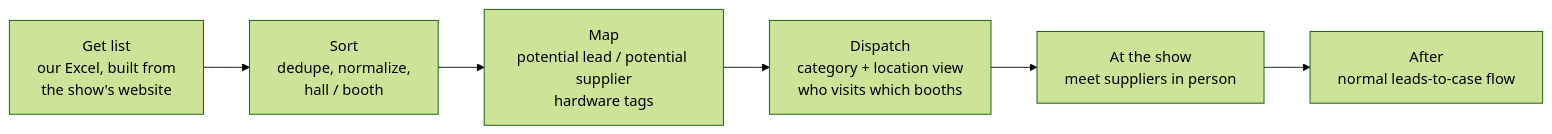
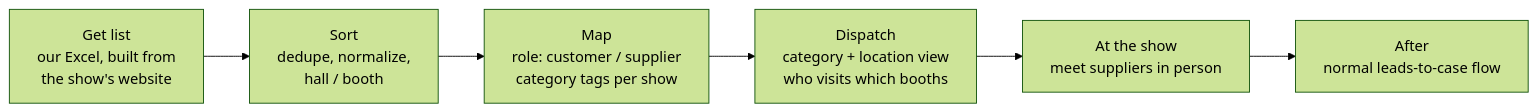
The diagram in docs/EXHIBITION_MAPPING_PLAN.md (dayovartan/lead-pipeline-dashboard), drawn with Mermaid (forest theme) before and after one commit. The commit also changed other lines of this file and 2 other files, not shown here.

Commit message:
docs: V2.2 — lead role customer/supplier, one leads screen with role toggle, Cyber Week TAU as customer convention

````diff
--- a/docs/EXHIBITION_MAPPING_PLAN.md
+++ b/docs/EXHIBITION_MAPPING_PLAN.md
@@ -19,8 +19,8 @@
 ```mermaid
 flowchart LR
   A["Get list<br/>our Excel, built from<br/>the show's website"] --> B["Sort<br/>dedupe, normalize,<br/>hall / booth"]
-  B --> C["Map<br/>potential lead / potential supplier<br/>hardware tags"]
+  B --> C["Map<br/>role: customer / supplier<br/>category tags per show"]
   C --> D["Dispatch<br/>category + location view<br/>who visits which booths"]
   D --> E["At the show<br/>meet suppliers in person"]
   E --> F["After<br/>normal leads-to-case flow"]
 ```
````
